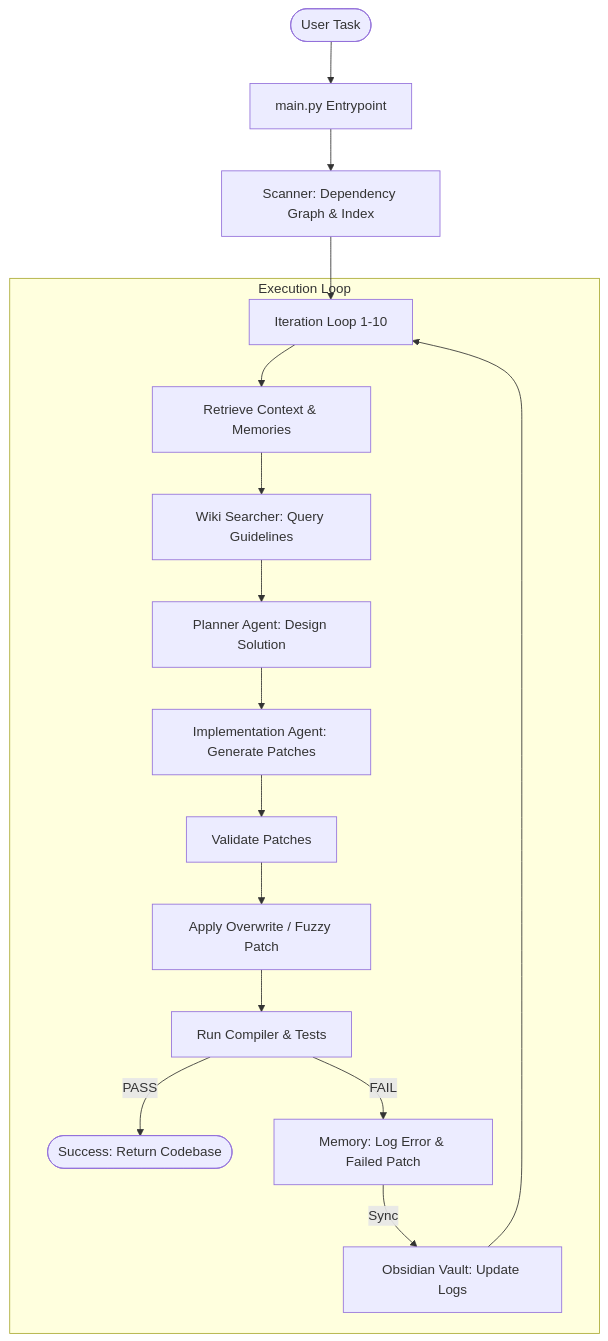
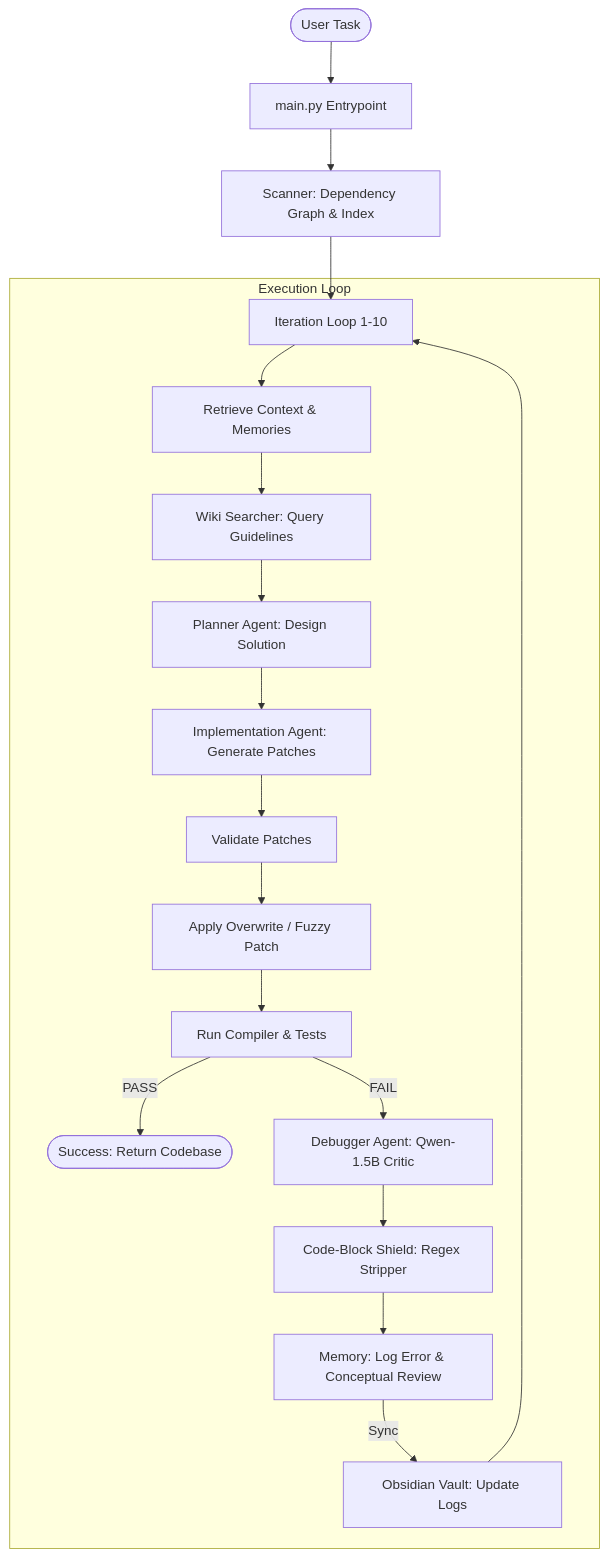
One commit to Radip97/Local-LLM-Multi-Agent-Code-Orchestrator changed the diagram in README.md. Above: the diagram before and after it, drawn with Mermaid. The commit also changed other lines of this file, not shown here.

Commit message:
docs: update README with dual-model architecture, code-block shield, and configuration setups

````diff
--- a/README.md
+++ b/README.md
@@ -9,21 +11,23 @@
 ```mermaid
 graph TD
     User([User Task]) --> Main[main.py Entrypoint]
     Main --> Scanner[Scanner: Dependency Graph & Index]
     Scanner --> Loop[Iteration Loop 1-10]
     
     subgraph Execution Loop
         Loop --> Retriever[Retrieve Context & Memories]
         Retriever --> Wiki[Wiki Searcher: Query Guidelines]
         Wiki --> Planner[Planner Agent: Design Solution]
         Planner --> Coder[Implementation Agent: Generate Patches]
         Coder --> Validator[Validate Patches]
         Validator --> Apply[Apply Overwrite / Fuzzy Patch]
         Apply --> Runner[Run Compiler & Tests]
         
         Runner -->|PASS| Done([Success: Return Codebase])
-        Runner -->|FAIL| Memory[Memory: Log Error & Failed Patch]
+        Runner -->|FAIL| Debugger[Debugger Agent: Qwen-1.5B Critic]
+        Debugger --> Shield[Code-Block Shield: Regex Stripper]
+        Shield --> Memory[Memory: Log Error & Conceptual Review]
         Memory -->|Sync| Obsidian[Obsidian Vault: Update Logs]
         Obsidian --> Loop
     end
 ```
````
